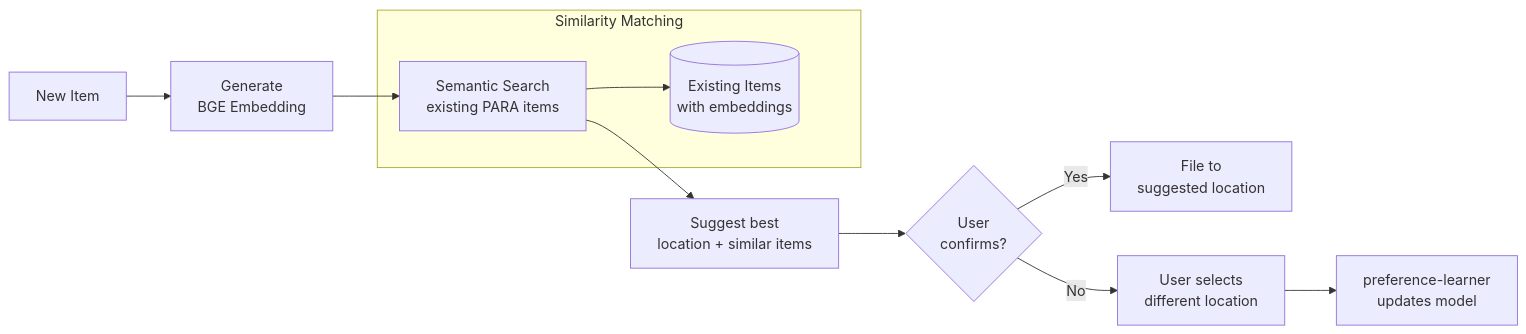
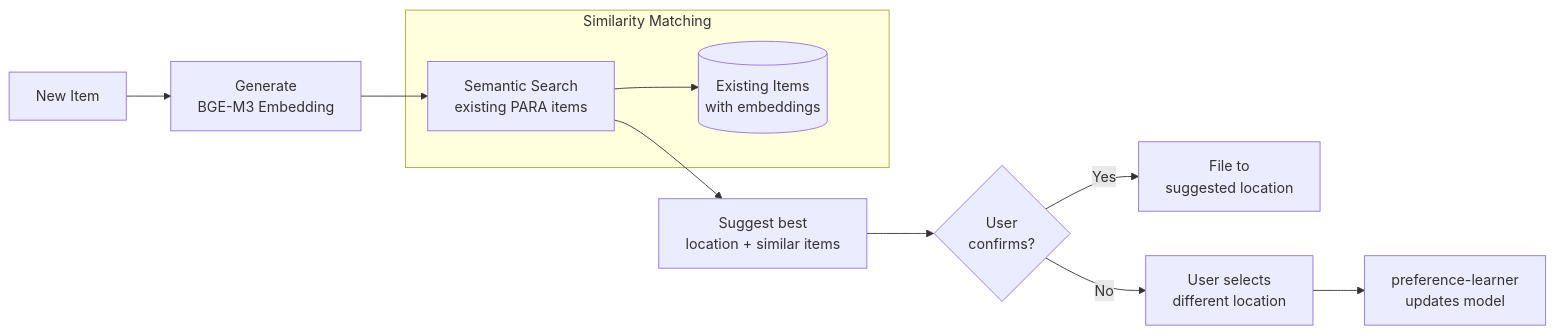
Before and after one commit to sidart10/orion-butler: the seventh of 13 diagrams in thoughts/planning-artifacts/architecture-diagrams.md, drawn with Mermaid. The commit also changed other lines of this file and 58 other files, not shown here.

````diff
--- a/thoughts/planning-artifacts/architecture-diagrams.md
+++ b/thoughts/planning-artifacts/architecture-diagrams.md
@@ -621,16 +621,16 @@
 ```mermaid
 flowchart LR
-    NewItem["New Item"] --> Embed["Generate<br/>BGE Embedding"]
+    NewItem["New Item"] --> Embed["Generate<br/>BGE-M3 Embedding"]
     Embed --> Search["Semantic Search<br/>existing PARA items"]
     Search --> Suggest["Suggest best<br/>location + similar items"]
 
     subgraph SemanticMatch["Similarity Matching"]
         Existing[("Existing Items<br/>with embeddings")]
         Search --> Existing
     end
 
     Suggest --> User{"User<br/>confirms?"}
     User -->|"Yes"| File["File to<br/>suggested location"]
     User -->|"No"| Manual["User selects<br/>different location"]
     Manual --> Learn["preference-learner<br/>updates model"]
 ```
````
